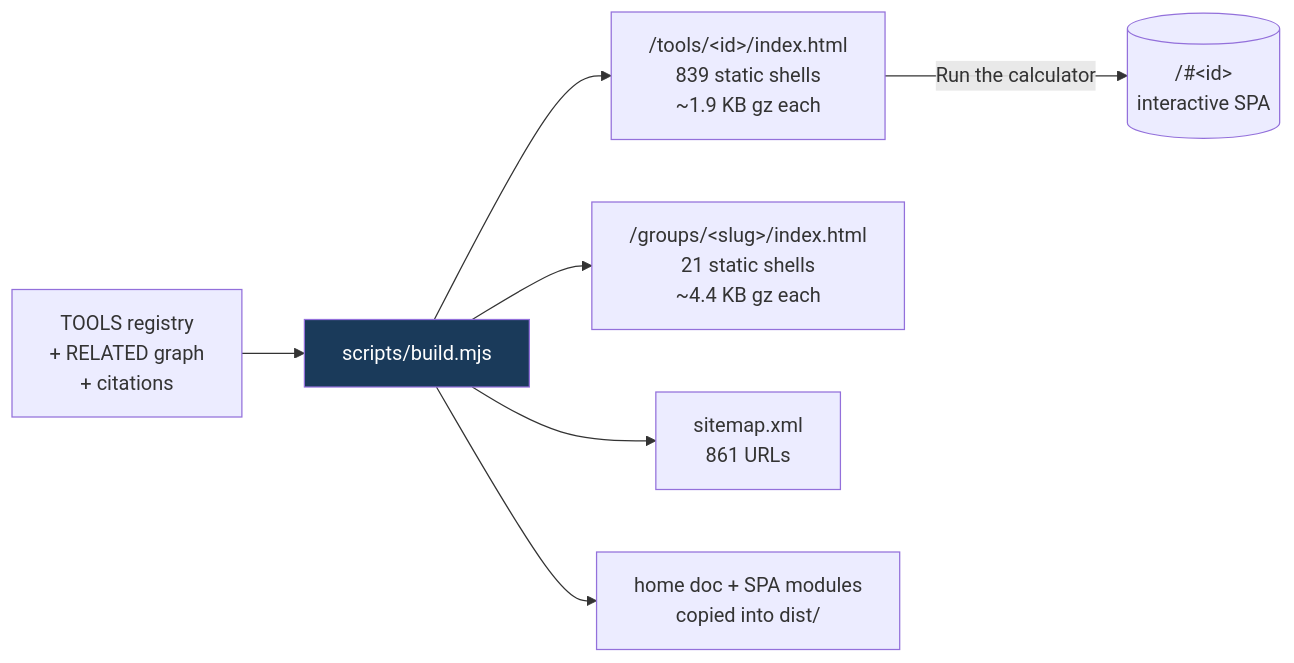
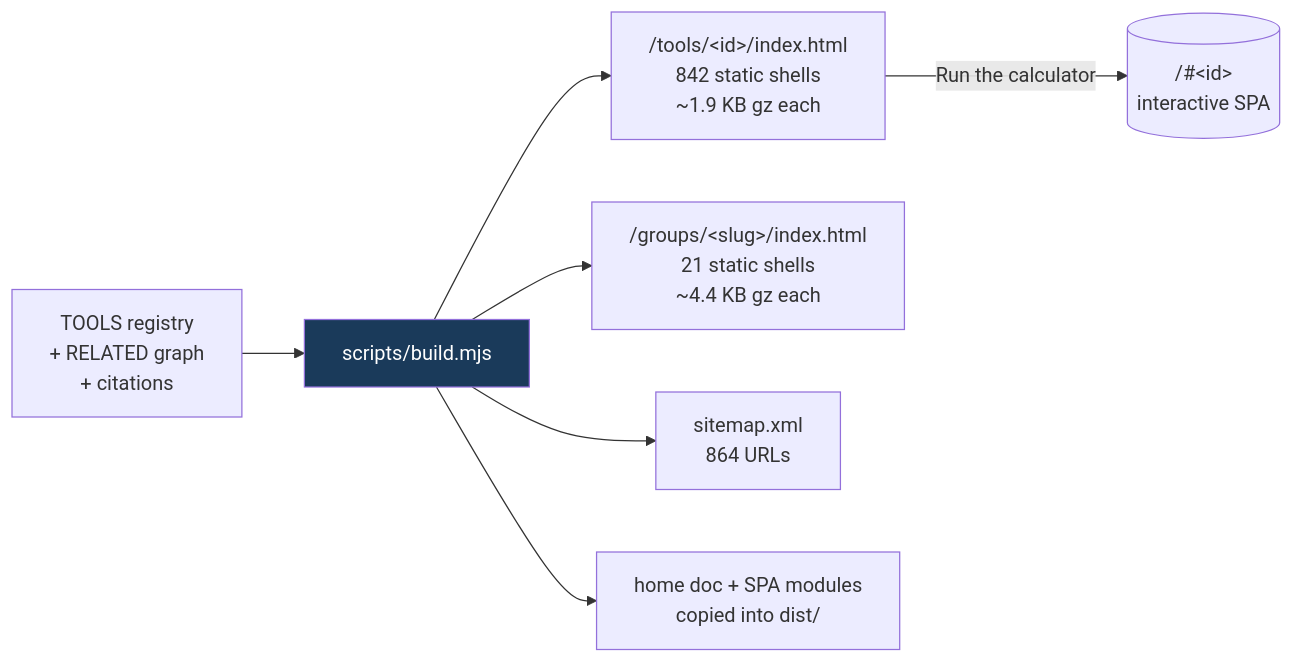
Before and after one commit to clay-good/roughlogic.com: the fifth of 8 diagrams in README.md, drawn with Mermaid. The commit also changed other lines of this file and 18 other files, not shown here.

````diff
--- a/README.md
+++ b/README.md
@@ -495,10 +495,10 @@
 ```mermaid
 flowchart LR
     SRC[TOOLS registry\n+ RELATED graph\n+ citations] --> BUILD[scripts/build.mjs]
-    BUILD --> TILE["/tools/&lt;id&gt;/index.html\n839 static shells\n~1.9 KB gz each"]
+    BUILD --> TILE["/tools/&lt;id&gt;/index.html\n842 static shells\n~1.9 KB gz each"]
     BUILD --> GROUP["/groups/&lt;slug&gt;/index.html\n21 static shells\n~4.4 KB gz each"]
-    BUILD --> MAP["sitemap.xml\n861 URLs"]
+    BUILD --> MAP["sitemap.xml\n864 URLs"]
     BUILD --> COPY[home doc + SPA modules\ncopied into dist/]
     TILE -->|Run the calculator| SPA[("/#&lt;id&gt;\ninteractive SPA")]
     style BUILD fill:#1a3a5a,color:#fff
 ```
````
